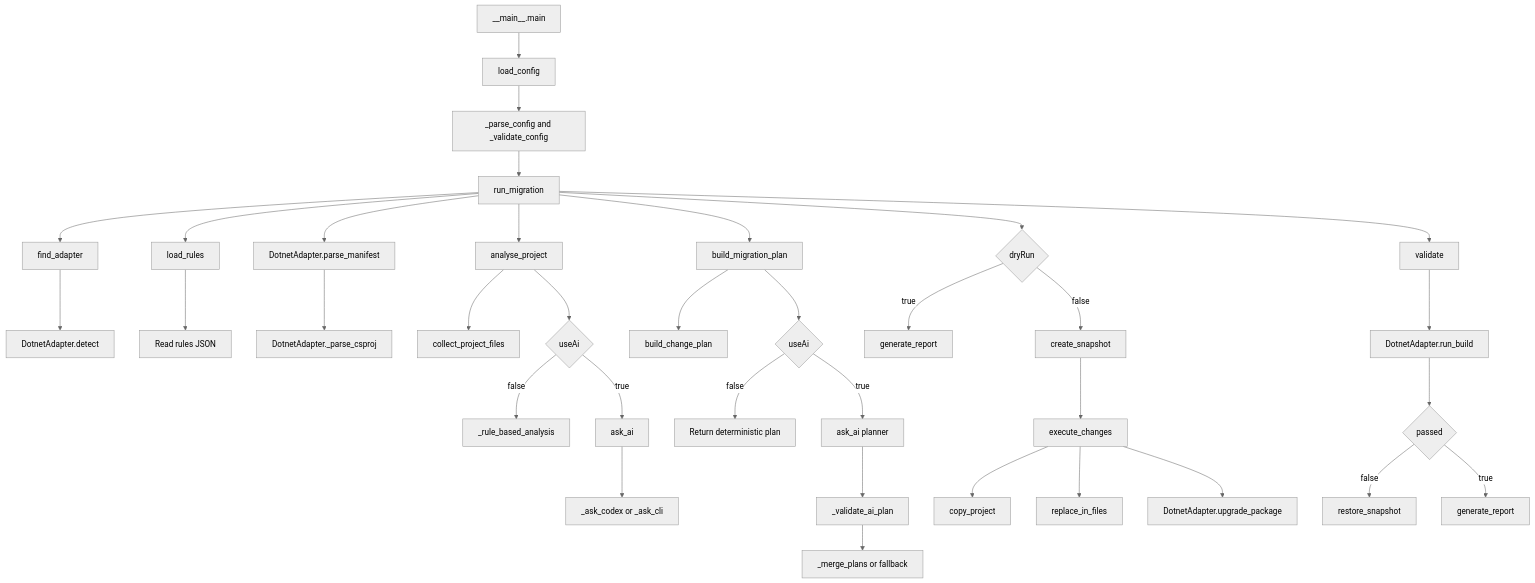
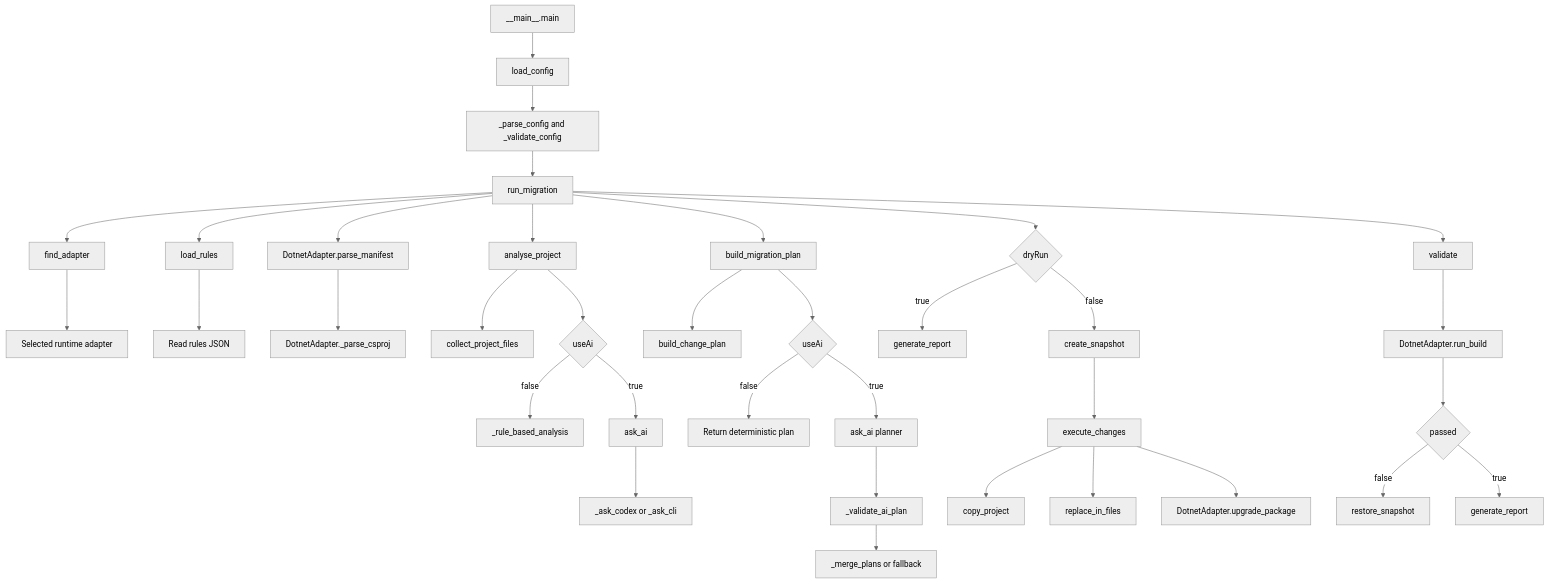
The diagram in README.md (shubhamwork296/AiMigration), drawn with Mermaid (neutral theme) before and after one commit. The commit also changed other lines of this file and 29 other files, not shown here.

````diff
--- a/README.md
+++ b/README.md
@@ -127,37 +127,37 @@
 ```mermaid
 flowchart TD
     A[__main__.main] --> B[load_config]
     B --> C[_parse_config and _validate_config]
     C --> D[run_migration]
     D --> E[find_adapter]
     D --> F[load_rules]
-    E --> G[DotnetAdapter.detect]
+    E --> G[Selected runtime adapter]
     F --> H[Read rules JSON]
     D --> I[DotnetAdapter.parse_manifest]
     I --> J[DotnetAdapter._parse_csproj]
     D --> K[analyse_project]
     K --> L[collect_project_files]
     K --> M{useAi}
     M -->|false| N[_rule_based_analysis]
     M -->|true| O[ask_ai]
     O --> P[_ask_codex or _ask_cli]
     D --> Q[build_migration_plan]
     Q --> R[build_change_plan]
     Q --> S{useAi}
     S -->|false| T[Return deterministic plan]
     S -->|true| U[ask_ai planner]
     U --> V[_validate_ai_plan]
     V --> W[_merge_plans or fallback]
     D --> X{dryRun}
     X -->|true| Y[generate_report]
     X -->|false| Z[create_snapshot]
     Z --> AA[execute_changes]
     AA --> AB[copy_project]
     AA --> AC[replace_in_files]
     AA --> AD[DotnetAdapter.upgrade_package]
     D --> AE[validate]
     AE --> AF[DotnetAdapter.run_build]
     AF --> AG{passed}
     AG -->|false| AH[restore_snapshot]
     AG -->|true| AI[generate_report]
 ```
````
